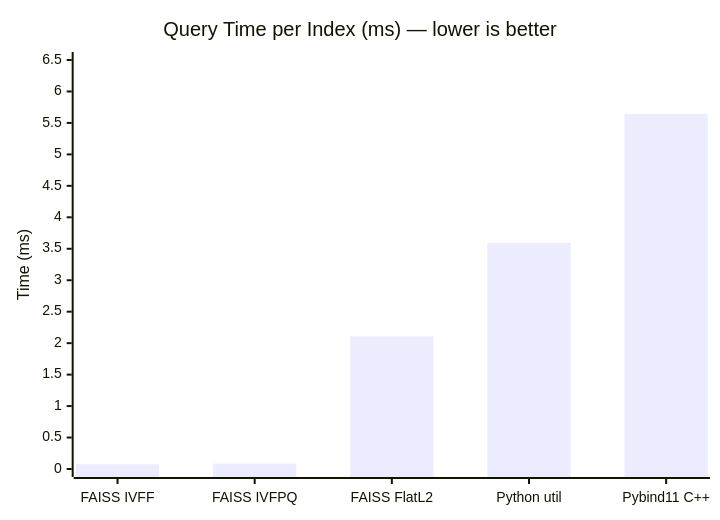
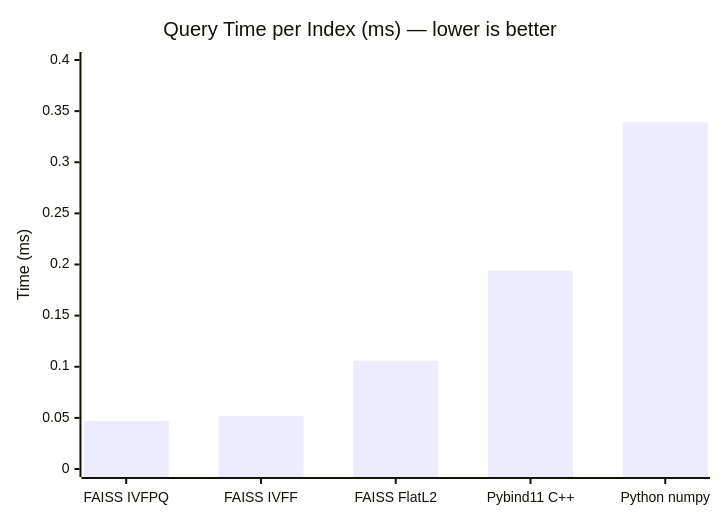
Before and after one commit to modaralgayal/Semantic-Search-Engine: the third of 3 diagrams in README.md, drawn with Mermaid. The commit also changed other lines of this file, not shown here.

````diff
--- a/README.md
+++ b/README.md
@@ -196,8 +207,8 @@
 ```mermaid
 %%{init: { 'themeVariables': { 'fontSize': '14px' } } }%%
 xychart-beta
     title "Query Time per Index (ms) — lower is better"
-    x-axis ["FAISS IVFF", "FAISS IVFPQ", "FAISS FlatL2", "Python util", "Pybind11 C++"]
-    y-axis "Time (ms)" 0 --> 6.5
-    bar [0.076, 0.086, 2.108, 3.594, 5.644]
+    x-axis ["FAISS IVFPQ", "FAISS IVFF", "FAISS FlatL2", "Pybind11 C++", "Python numpy"]
+    y-axis "Time (ms)" 0 --> 0.40
+    bar [0.047, 0.052, 0.106, 0.194, 0.339]
 ```
````
